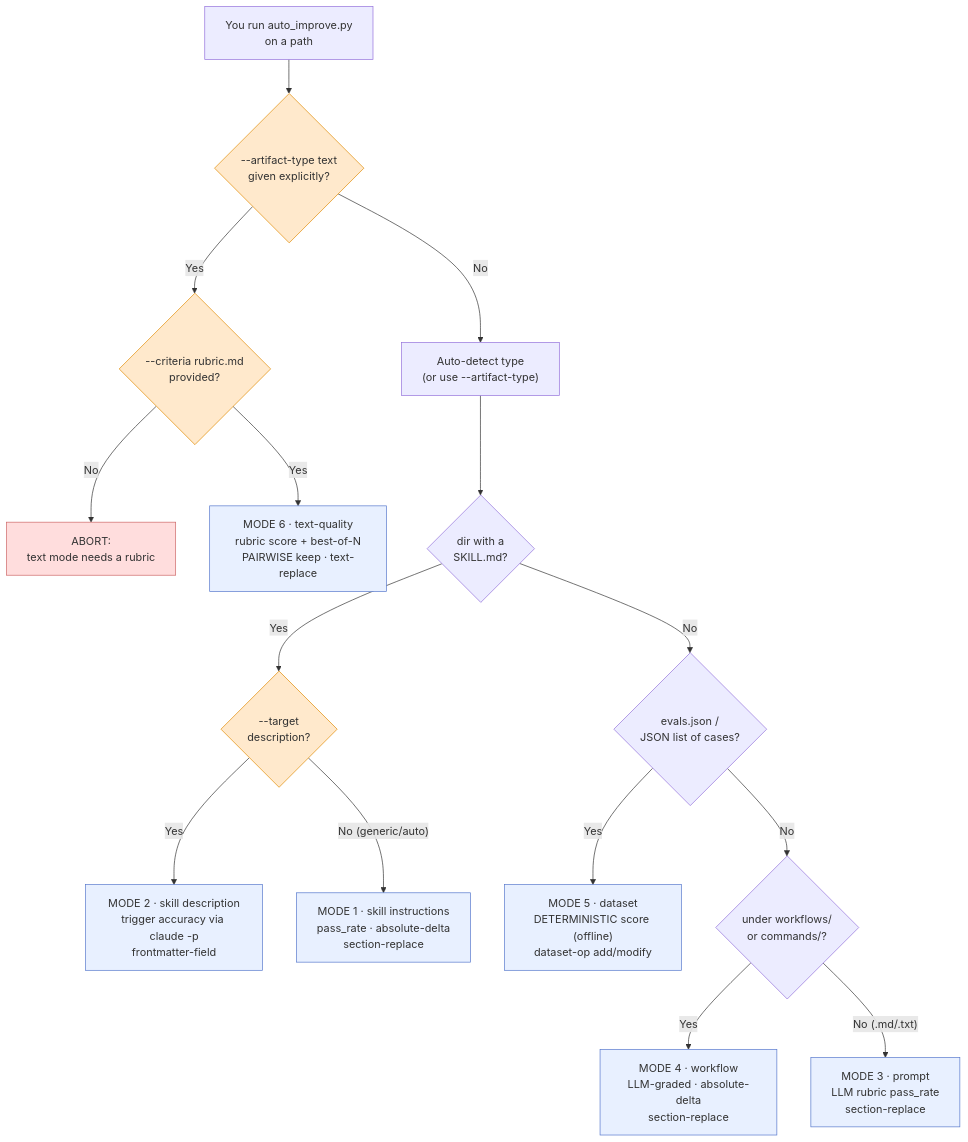
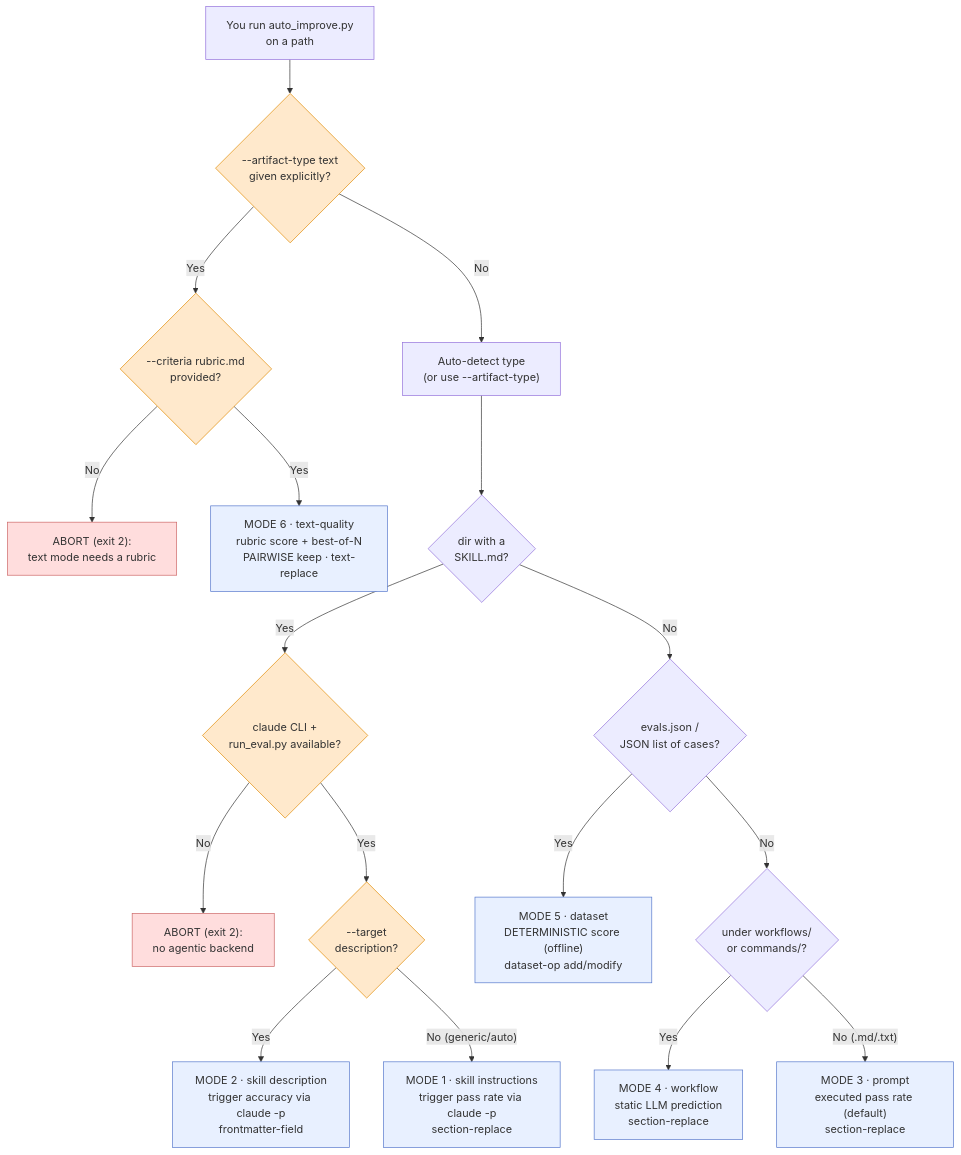
One commit to MatrixFounder/Universal-skills changed the third of 12 diagrams in docs/Manuals/skill-auto-improve_manual.md. Above: the diagram before and after it, drawn with Mermaid. The commit also changed other lines of this file and 33 other files, not shown here.

Commit message:
skill-auto-improve update

````diff
--- a/docs/Manuals/skill-auto-improve_manual.md
+++ b/docs/Manuals/skill-auto-improve_manual.md
@@ -475,27 +547,29 @@
 ```mermaid
 flowchart TD
     START["You run auto_improve.py<br/>on a path"] --> TEXT{"--artifact-type text<br/>given explicitly?"}
     TEXT -- Yes --> RUBRIC{"--criteria rubric.md<br/>provided?"}
-    RUBRIC -- No --> ABORT["ABORT:<br/>text mode needs a rubric"]
+    RUBRIC -- No --> ABORT["ABORT (exit 2):<br/>text mode needs a rubric"]
     RUBRIC -- Yes --> M6["MODE 6 · text-quality<br/>rubric score + best-of-N<br/>PAIRWISE keep · text-replace"]
 
     TEXT -- No --> DETECT["Auto-detect type<br/>(or use --artifact-type)"]
     DETECT --> ISSKILL{"dir with a<br/>SKILL.md?"}
-    ISSKILL -- Yes --> TGT{"--target<br/>description?"}
+    ISSKILL -- Yes --> CL{"claude CLI +<br/>run_eval.py available?"}
+    CL -- No --> ABORT2["ABORT (exit 2):<br/>no agentic backend"]
+    CL -- Yes --> TGT{"--target<br/>description?"}
     TGT -- Yes --> M2["MODE 2 · skill description<br/>trigger accuracy via claude -p<br/>frontmatter-field"]
-    TGT -- "No (generic/auto)" --> M1["MODE 1 · skill instructions<br/>pass_rate · absolute-delta<br/>section-replace"]
+    TGT -- "No (generic/auto)" --> M1["MODE 1 · skill instructions<br/>trigger pass rate via claude -p<br/>section-replace"]
 
     ISSKILL -- No --> ISDS{"evals.json /<br/>JSON list of cases?"}
     ISDS -- Yes --> M5["MODE 5 · dataset<br/>DETERMINISTIC score (offline)<br/>dataset-op add/modify"]
 
     ISDS -- No --> ISWF{"under workflows/<br/>or commands/?"}
-    ISWF -- Yes --> M4["MODE 4 · workflow<br/>LLM-graded · absolute-delta<br/>section-replace"]
-    ISWF -- "No (.md/.txt)" --> M3["MODE 3 · prompt<br/>LLM rubric pass_rate<br/>section-replace"]
+    ISWF -- Yes --> M4["MODE 4 · workflow<br/>static LLM prediction<br/>section-replace"]
+    ISWF -- "No (.md/.txt)" --> M3["MODE 3 · prompt<br/>executed pass rate (default)<br/>section-replace"]
 
     classDef mode fill:#e8f0ff,stroke:#5577cc;
     classDef stop fill:#fdd,stroke:#c66;
     classDef gate fill:#ffe9cc,stroke:#e08a00;
     class M1,M2,M3,M4,M5,M6 mode;
-    class ABORT stop;
-    class TEXT,RUBRIC,TGT gate;
+    class ABORT,ABORT2 stop;
+    class TEXT,RUBRIC,CL,TGT gate;
 ```
````
